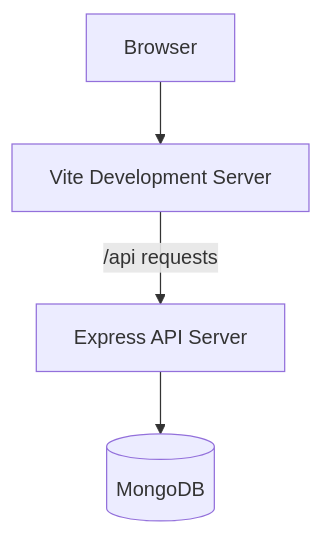
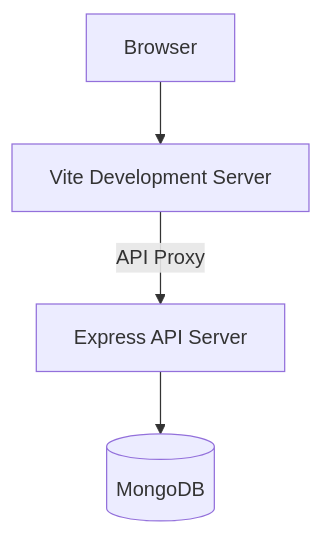
Before and after one commit to Swayam-Aggarwal/ContractGuard: the second of 9 diagrams in docs/Architecture.md, drawn with Mermaid. The commit also changed other lines of this file and 40 other files, not shown here.

````diff
--- a/docs/Architecture.md
+++ b/docs/Architecture.md
@@ -416,11 +97,11 @@
 ```mermaid
-flowchart TD
-    BROWSER["Browser"]
-    VITE["Vite Development Server"]
-    EXPRESS["Express API Server"]
-    MONGO[("MongoDB")]
+flowchart TB
+    Browser["Browser"]
+    Vite["Vite Development Server"]
+    Express["Express API Server"]
+    Mongo[("MongoDB")]
 
-    BROWSER --> VITE
-    VITE -->|"/api requests"| EXPRESS
-    EXPRESS --> MONGO
+    Browser --> Vite
+    Vite -->|"API Proxy"| Express
+    Express --> Mongo
 ```
````
